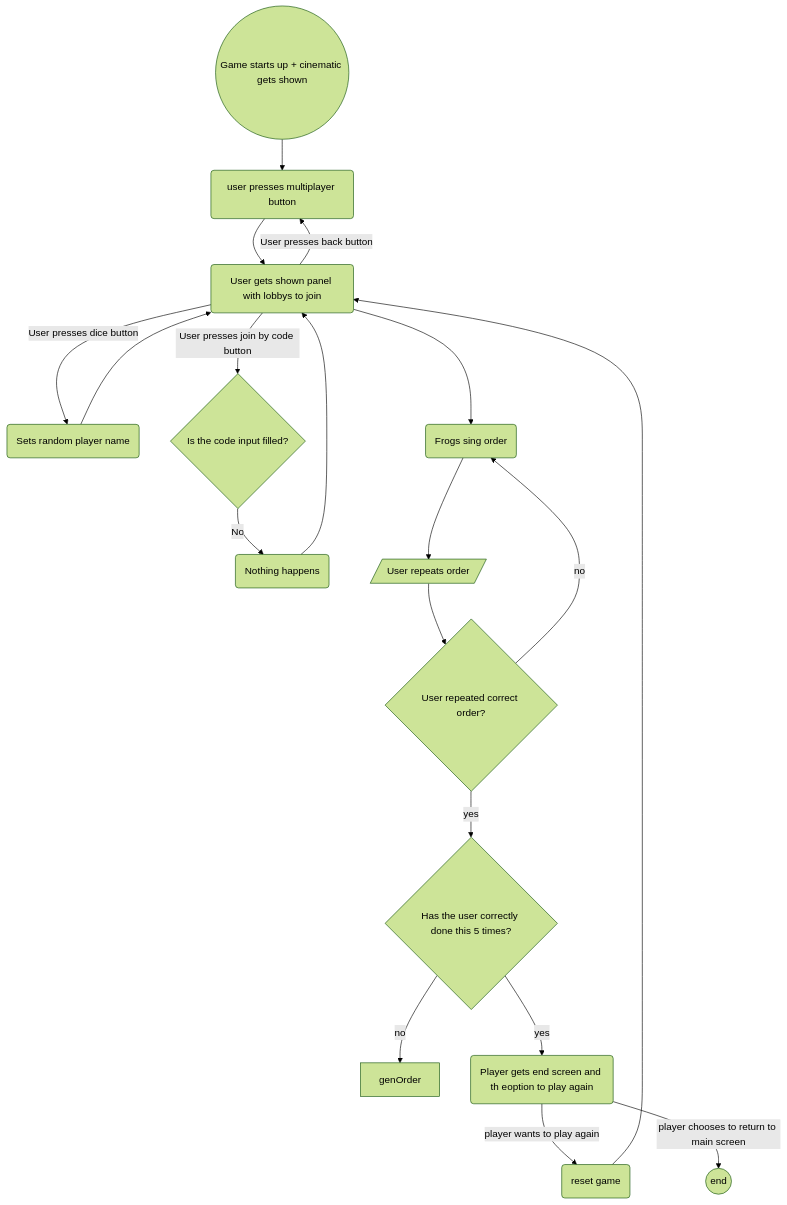
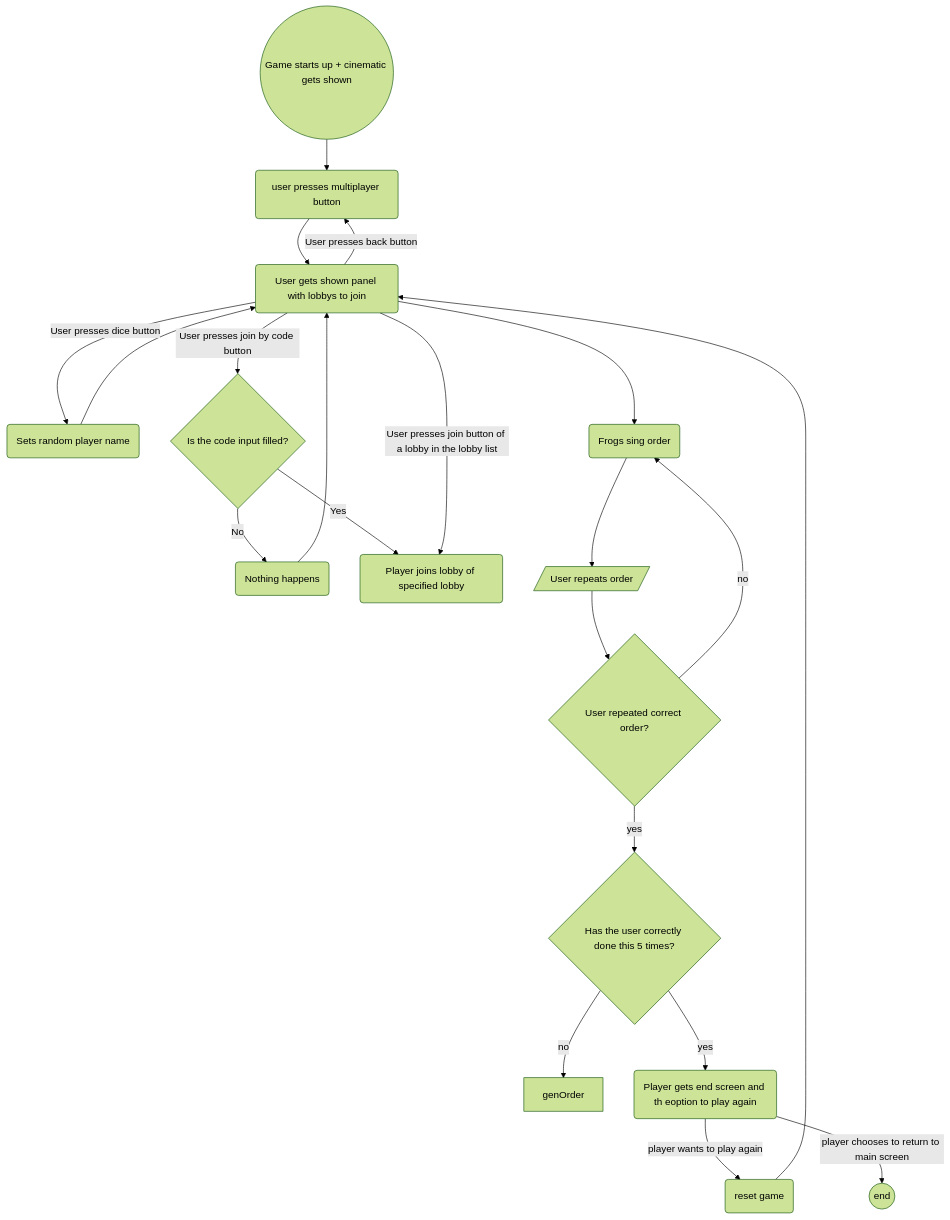
Before and after one commit to T3rabyte/Examen: the first of 2 diagrams in README.md, drawn with Mermaid (forest theme).

````diff
--- a/README.md
+++ b/README.md
@@ -55,21 +55,24 @@
 ```mermaid
 graph TD;
     start((Game starts up + cinematic gets shown)) --> mainMenu(user presses multiplayer button);
     mainMenu --> roomList(User gets shown panel with lobbys to join);
     roomList --> |User presses back button| mainMenu;
     roomList --> |User presses dice button| name(Sets random player name);
     name --> roomList;
     roomList --> |User presses join by code button| codeJoin{Is the code input filled?};
     codeJoin --> |No| nothingResponse(Nothing happens);
+    codeJoin --> |Yes| joinLobby(Player joins lobby of specified lobby);
+    roomList --> |User presses join button of a lobby in the lobby list| joinLobby;
+    
     nothingResponse --> roomList;
     roomList --> startMini(Frogs sing order);
     startMini --> userInput[/User repeats order/];
     userInput --> correctOrder{User repeated correct order?};
     correctOrder -->|no| startMini;
     correctOrder -->|yes| complete{Has the user correctly done this 5 times?};
     complete -->|no| genOrder;
     complete -->|yes| finished(Player gets end screen and th eoption to play again);
     finished -->|player wants to play again| empty(reset game);
     empty --> roomList;
     finished -->|player chooses to return to main screen| end_d((end));
 ```
````
